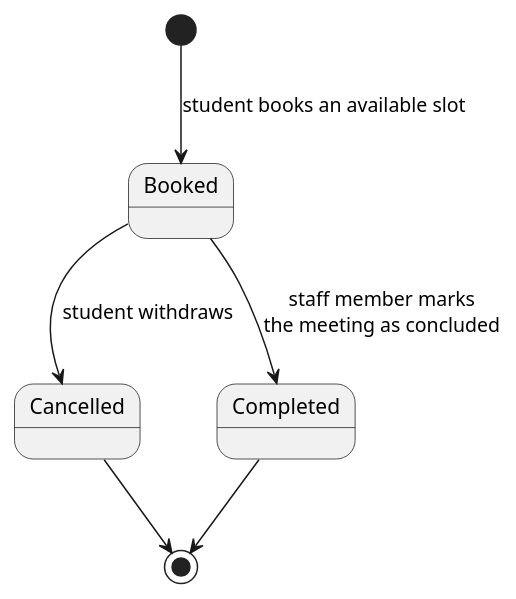
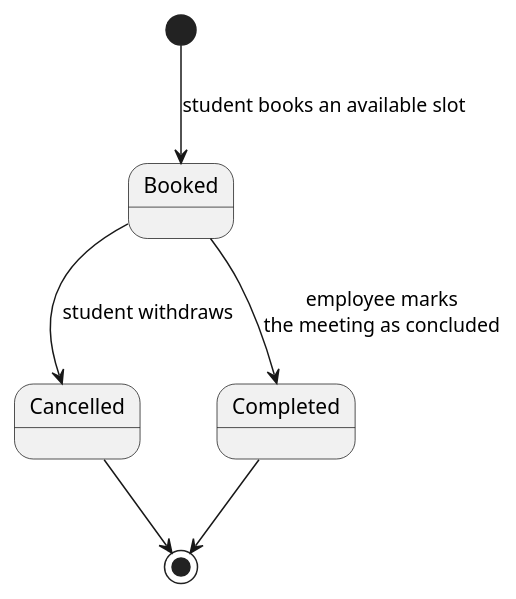
Before and after one commit to unibo-dtm-se-2526-PRONTO/report: the diagram in sections/03-design/assets/appointment.puml, drawn with PlantUML. The commit also changed 11 other files, not shown here.

Commit message:
docs(design): fix diagrams and unify terminology

```diff
--- a/sections/03-design/assets/appointment.puml
+++ b/sections/03-design/assets/appointment.puml
@@ -1,13 +1,13 @@
 @startuml
 
 skinparam shadowing false
 
 [*] --> Booked : student books an available slot
 
 Booked --> Cancelled : student withdraws
-Booked --> Completed : staff member marks\nthe meeting as concluded
+Booked --> Completed : employee marks\nthe meeting as concluded
 
 Cancelled --> [*]
 Completed --> [*]
 
 @enduml
```
